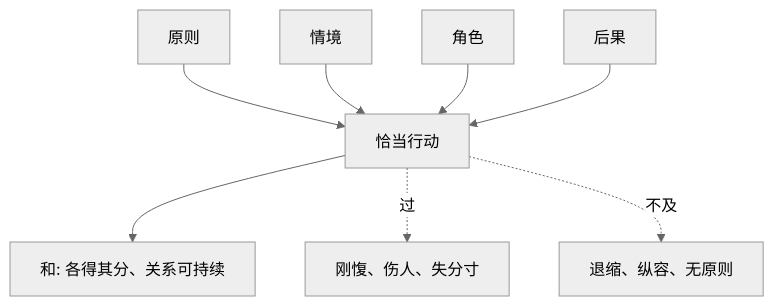
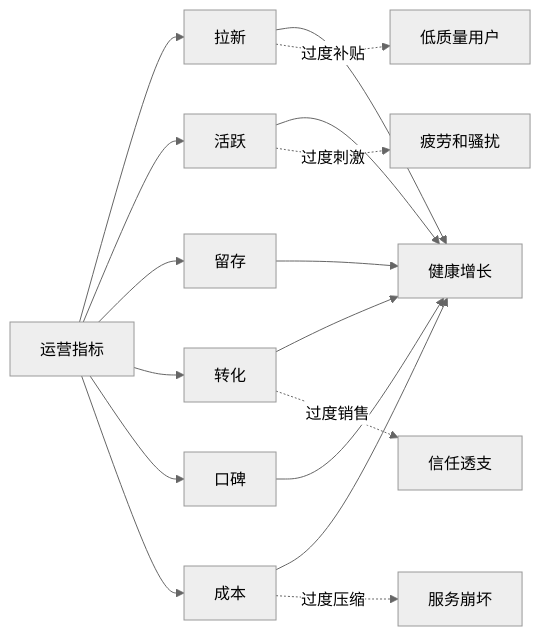
One commit to digoal/blog changed the second of 2 diagrams in 202605/20260518_21.md. Above: the diagram before and after it, drawn with Mermaid (neutral theme). The commit also changed other lines of this file and 26 other files, not shown here.

````diff
--- a/202605/20260518_21.md
+++ b/202605/20260518_21.md
@@ -22,10 +216,21 @@
 ```mermaid
-flowchart TD
-  A["原则"] --> E["恰当行动"]
-  B["情境"] --> E
-  C["角色"] --> E
-  D["后果"] --> E
-  E --> F["和: 各得其分、关系可持续"]
-  E -. "过" .-> G["刚愎、伤人、失分寸"]
-  E -. "不及" .-> H["退缩、纵容、无原则"]
+flowchart LR
+  A["运营指标"] --> B["拉新"]
+  A --> C["活跃"]
+  A --> D["留存"]
+  A --> E["转化"]
+  A --> F["口碑"]
+  A --> G["成本"]
+
+  B --> H["健康增长"]
+  C --> H
+  D --> H
+  E --> H
+  F --> H
+  G --> H
+
+  B -. "过度补贴" .-> I["低质量用户"]
+  C -. "过度刺激" .-> J["疲劳和骚扰"]
+  E -. "过度销售" .-> K["信任透支"]
+  G -. "过度压缩" .-> L["服务崩坏"]
 ```
````
